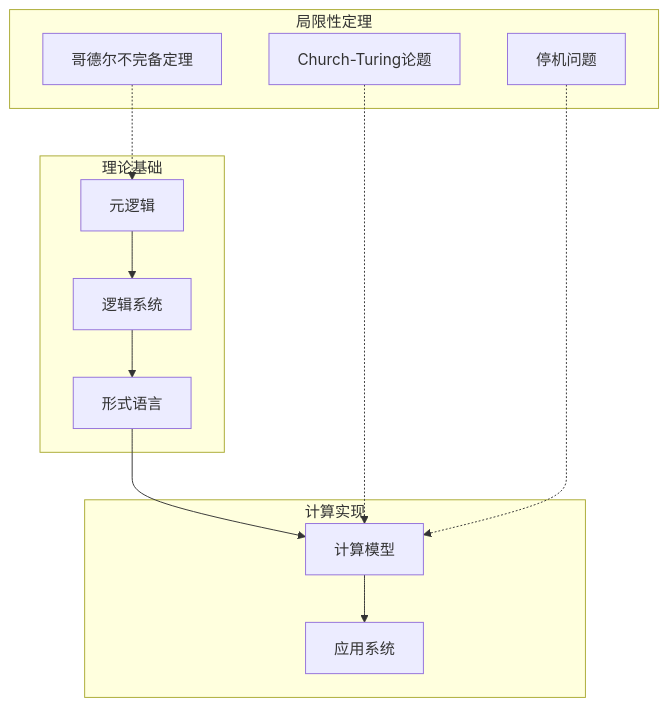
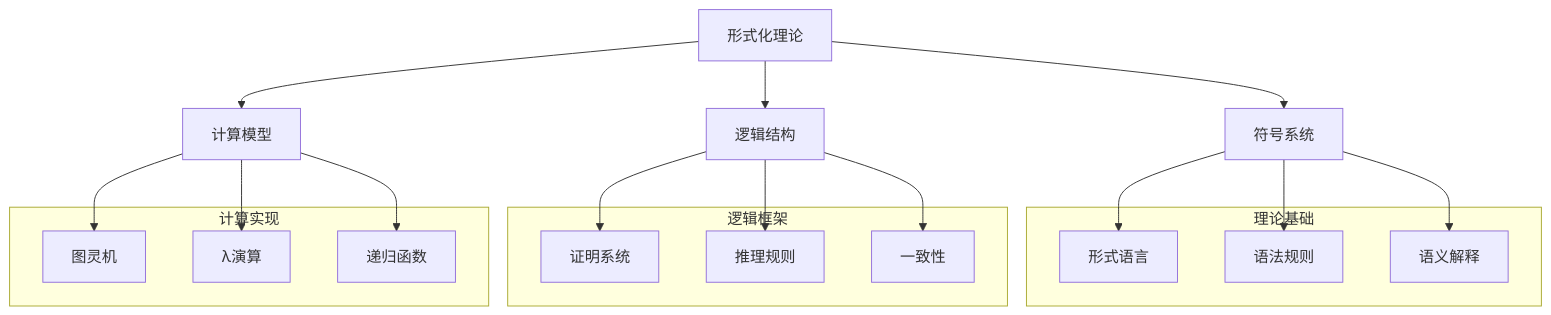
One commit to AdaMartin18010/Lean changed the fifth of 6 diagrams in analysis/1-形式化理论/1.x-其他形式化主题.md. Above: the diagram before and after it, drawn with Mermaid. The commit also changed other lines of this file and 7 other files, not shown here.

````diff
--- a/analysis/1-形式化理论/1.x-其他形式化主题.md
+++ b/analysis/1-形式化理论/1.x-其他形式化主题.md
@@ -436,28 +443,36 @@
 ```mermaid
-graph TD
-    A[元逻辑] --> B[逻辑系统]
-    B --> C[形式语言]
-    C --> D[计算模型]
-    D --> E[应用系统]
+graph TB
+    A[形式化理论] --> B[符号系统]
+    A --> C[逻辑结构]
+    A --> D[计算模型]
     
-    F[哥德尔不完备定理] -.-> A
-    G[Church-Turing论题] -.-> D
-    H[停机问题] -.-> D
+    B --> E[形式语言]
+    B --> F[语法规则]
+    B --> G[语义解释]
+    
+    C --> H[证明系统]
+    C --> I[推理规则]
+    C --> J[一致性]
+    
+    D --> K[图灵机]
+    D --> L[λ演算]
+    D --> M[递归函数]
     
     subgraph "理论基础"
-        A
-        B
-        C
+        E
+        F
+        G
+    end
+    
+    subgraph "逻辑框架"
+        H
+        I
+        J
     end
     
     subgraph "计算实现"
-        D
-        E
-    end
-    
-    subgraph "局限性定理"
-        F
-        G
-        H
+        K
+        L
+        M
     end
 ```
````
